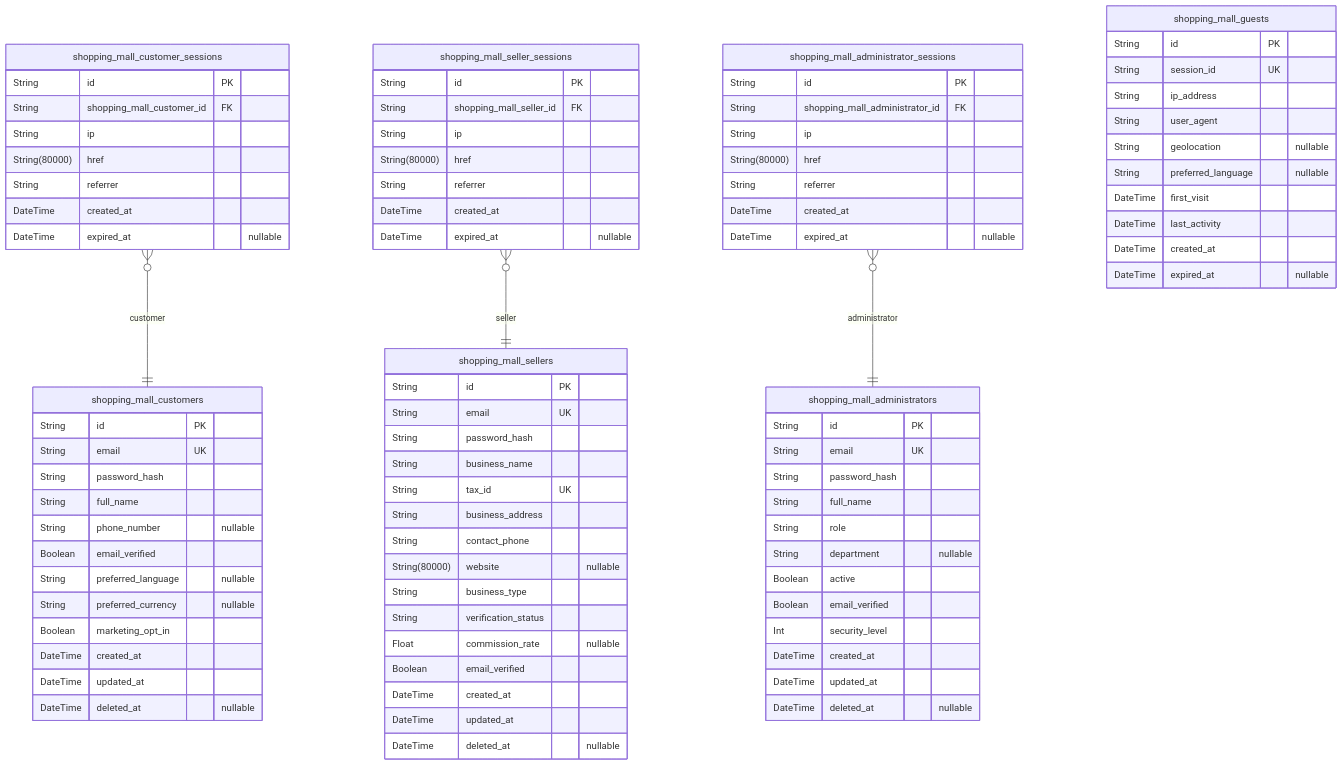
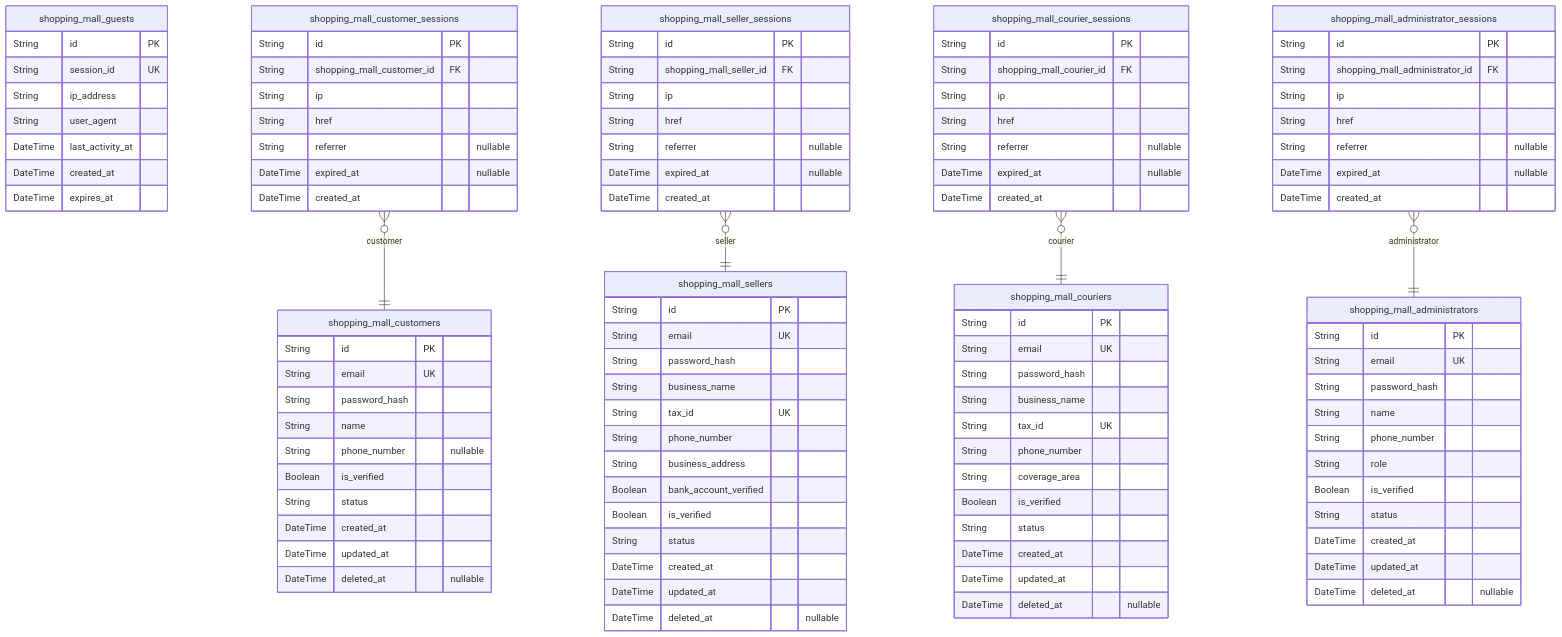
One commit to wrtnlabs/autobe-examples changed the second of 10 diagrams in moonshotai/kimi-k2-0905-exacto/shopping/docs/ERD.md. Above: the diagram before and after it, drawn with Mermaid. The commit also changed other lines of this file and 22498 other files, not shown here.

````diff
--- a/moonshotai/kimi-k2-0905-exacto/shopping/docs/ERD.md
+++ b/moonshotai/kimi-k2-0905-exacto/shopping/docs/ERD.md
@@ -280,12 +157,10 @@
   String id PK
   String email UK
   String password_hash
-  String full_name
+  String name
   String phone_number "nullable"
-  Boolean email_verified
-  String preferred_language "nullable"
-  String preferred_currency "nullable"
-  Boolean marketing_opt_in
+  Boolean is_verified
+  String status
   DateTime created_at
   DateTime updated_at
   DateTime deleted_at "nullable"
@@ -296,71 +171,89 @@
   String password_hash
   String business_name
   String tax_id UK
+  String phone_number
   String business_address
-  String contact_phone
-  String(80000) website "nullable"
-  String business_type
-  String verification_status
-  Float commission_rate "nullable"
-  Boolean email_verified
+  Boolean bank_account_verified
+  Boolean is_verified
+  String status
   DateTime created_at
   DateTime updated_at
   DateTime deleted_at "nullable"
 }
-"shopping_mall_customer_sessions" {
+"shopping_mall_couriers" {
   String id PK
-  String shopping_mall_customer_id FK
-  String ip
-  String(80000) href
-  String referrer
+  String email UK
+  String password_hash
+  String business_name
+  String tax_id UK
+  String phone_number
+  String coverage_area
+  Boolean is_verified
+  String status
   DateTime created_at
-  DateTime expired_at "nullable"
-}
-"shopping_mall_seller_sessions" {
-  String id PK
-  String shopping_mall_seller_id FK
-  String ip
-  String(80000) href
-  String referrer
-  DateTime created_at
-  DateTime expired_at "nullable"
+  DateTime updated_at
+  DateTime deleted_at "nullable"
 }
 "shopping_mall_administrators" {
   String id PK
   String email UK
   String password_hash
-  String full_name
+  String name
+  String phone_number
   String role
-  String department "nullable"
-  Boolean active
-  Boolean email_verified
-  Int security_level
+  Boolean is_verified
+  String status
   DateTime created_at
   DateTime updated_at
   DateTime deleted_at "nullable"
-}
-"shopping_mall_administrator_sessions" {
-  String id PK
-  String shopping_mall_administrator_id FK
-  String ip
-  String(80000) href
-  String referrer
-  DateTime created_at
-  DateTime expired_at "nullable"
 }
 "shopping_mall_guests" {
   String id PK
   String session_id UK
   String ip_address
   String user_agent
-  String geolocation "nullable"
-  String preferred_language "nullable"
-  DateTime first_visit
-  DateTime last_activity
+  DateTime last_activity_at
   DateTime created_at
+  DateTime expires_at
+}
+"shopping_mall_customer_sessions" {
+  String id PK
+  String shopping_mall_customer_id FK
+  String ip
+  String href
+  String referrer "nullable"
   DateTime expired_at "nullable"
+  DateTime created_at
+}
+"shopping_mall_seller_sessions" {
+  String id PK
+  String shopping_mall_seller_id FK
+  String ip
+  String href
+  String referrer "nullable"
+  DateTime expired_at "nullable"
+  DateTime created_at
+}
+"shopping_mall_courier_sessions" {
+  String id PK
+  String shopping_mall_courier_id FK
+  String ip
+  String href
+  String referrer "nullable"
+  DateTime expired_at "nullable"
+  DateTime created_at
+}
+"shopping_mall_administrator_sessions" {
+  String id PK
+  String shopping_mall_administrator_id FK
+  String ip
+  String href
+  String referrer "nullable"
+  DateTime expired_at "nullable"
+  DateTime created_at
 }
 "shopping_mall_customer_sessions" }o--|| "shopping_mall_customers" : customer
 "shopping_mall_seller_sessions" }o--|| "shopping_mall_sellers" : seller
+"shopping_mall_courier_sessions" }o--|| "shopping_mall_couriers" : courier
 "shopping_mall_administrator_sessions" }o--|| "shopping_mall_administrators" : administrator
 ```
````
